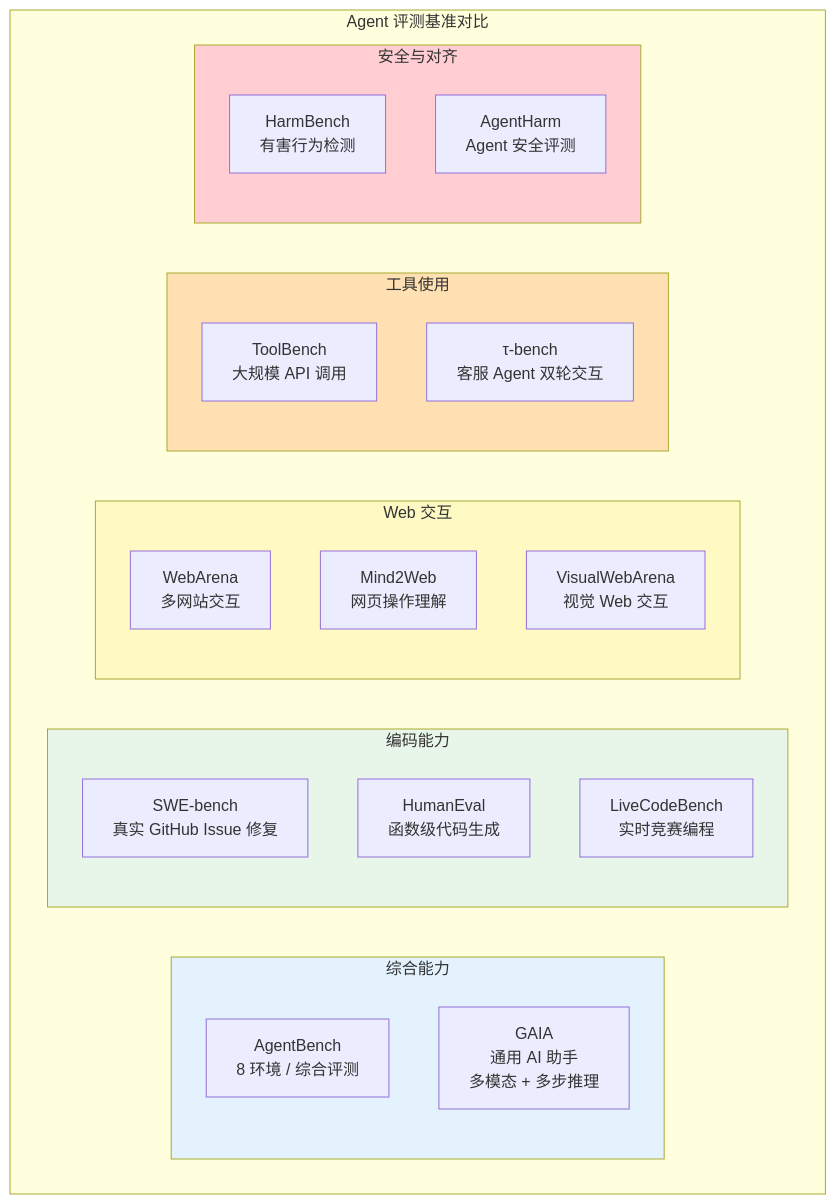
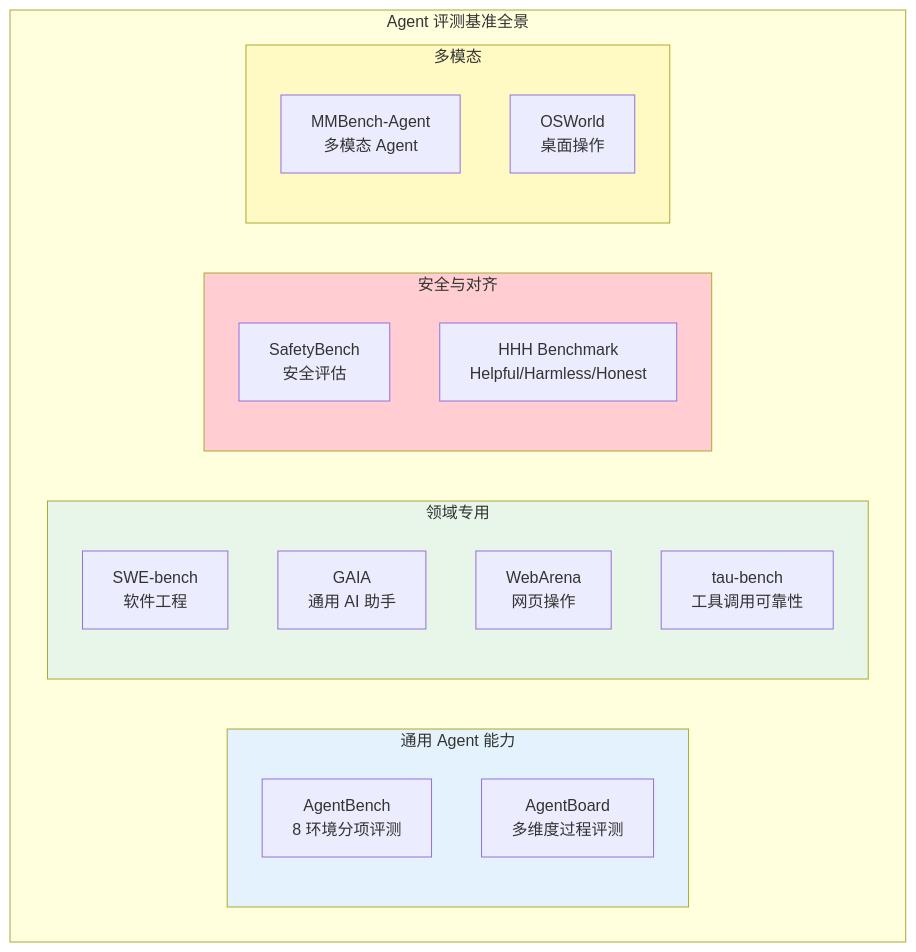
The seventh of 20 diagrams in docs/前沿/03-Agent评测基准.md (UranusGit/java-agent-learn), drawn with Mermaid before and after one commit. The commit also changed other lines of this file and 4 other files, not shown here.

````diff
--- a/docs/前沿/03-Agent评测基准.md
+++ b/docs/前沿/03-Agent评测基准.md
@@ -115,37 +236,31 @@
 ```mermaid
 graph TB
-    subgraph 基准对比["Agent 评测基准对比"]
-        subgraph 综合类["综合能力"]
-            B1["AgentBench<br/>8 环境 / 综合评测"]
-            B2["GAIA<br/>通用 AI 助手<br/>多模态 + 多步推理"]
+    subgraph 全景["Agent 评测基准全景"]
+        subgraph 通用["通用 Agent 能力"]
+            AB["AgentBench<br/>8 环境分项评测"]
+            BB["AgentBoard<br/>多维度过程评测"]
         end
 
-        subgraph 编码类["编码能力"]
-            B3["SWE-bench<br/>真实 GitHub Issue 修复"]
-            B4["HumanEval<br/>函数级代码生成"]
-            B5["LiveCodeBench<br/>实时竞赛编程"]
+        subgraph 领域专用["领域专用"]
+            SWE["SWE-bench<br/>软件工程"]
+            GAIA["GAIA<br/>通用 AI 助手"]
+            WB["WebArena<br/>网页操作"]
+            TAU["tau-bench<br/>工具调用可靠性"]
         end
 
-        subgraph Web类["Web 交互"]
-            B6["WebArena<br/>多网站交互"]
-            B7["Mind2Web<br/>网页操作理解"]
-            B8["VisualWebArena<br/>视觉 Web 交互"]
+        subgraph 安全["安全与对齐"]
+            SB["SafetyBench<br/>安全评估"]
+            HH["HHH Benchmark<br/>Helpful/Harmless/Honest"]
         end
 
-        subgraph 工具类["工具使用"]
-            B9["ToolBench<br/>大规模 API 调用"]
-            B10["τ-bench<br/>客服 Agent 双轮交互"]
-        end
-
-        subgraph 安全类["安全与对齐"]
-            B11["HarmBench<br/>有害行为检测"]
-            B12["AgentHarm<br/>Agent 安全评测"]
+        subgraph 多模态["多模态"]
+            MM["MMBench-Agent<br/>多模态 Agent"]
+            OSW["OSWorld<br/>桌面操作"]
         end
     end
 
-    style 综合类 fill:#e3f2fd
-    style 编码类 fill:#e8f5e9
-    style Web类 fill:#fff9c4
-    style 工具类 fill:#ffe0b2
-    style 安全类 fill:#ffcdd2
+    style 通用 fill:#e3f2fd
+    style 领域专用 fill:#e8f5e9
+    style 安全 fill:#ffcdd2
+    style 多模态 fill:#fff9c4
 ```
````
